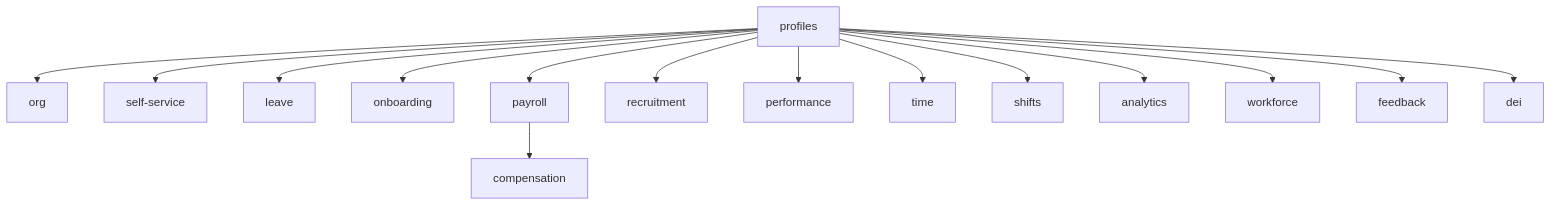
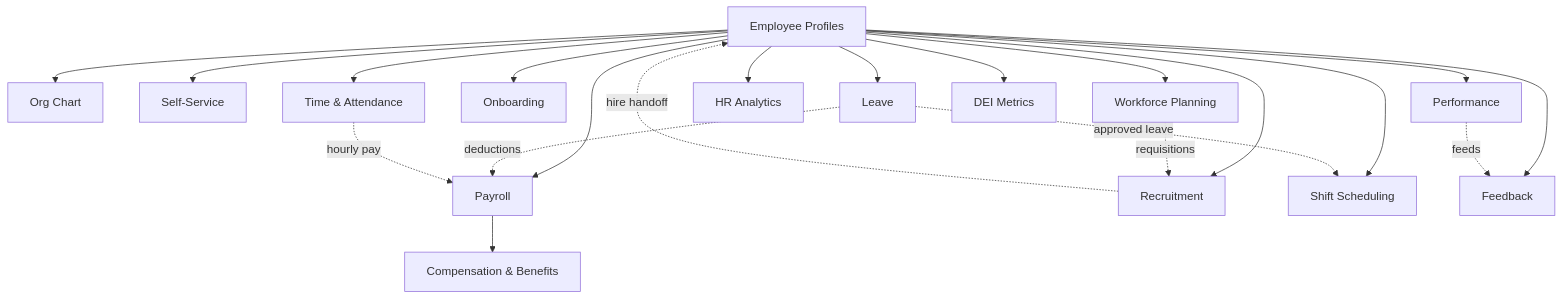
The diagram in vault/domains/hr/_index.md (Max-Nijenkamp/FlowFlex), drawn with Mermaid before and after one commit. The commit also changed other lines of this file and 2956 other files, not shown here.

````diff
--- a/vault/domains/hr/_index.md
+++ b/vault/domains/hr/_index.md
@@ -54,17 +59,23 @@
 ```mermaid
 graph TD
-    profiles --> org
-    profiles --> self-service
-    profiles --> leave
-    profiles --> onboarding
-    profiles --> payroll
-    profiles --> recruitment
-    profiles --> performance
-    profiles --> time
-    profiles --> shifts
-    profiles --> analytics
-    profiles --> workforce
-    profiles --> feedback
-    profiles --> dei
-    payroll --> compensation
+    profiles[Employee Profiles] --> org[Org Chart]
+    profiles --> selfservice[Self-Service]
+    profiles --> leave[Leave]
+    profiles --> onboarding[Onboarding]
+    profiles --> payroll[Payroll]
+    profiles --> recruitment[Recruitment]
+    profiles --> performance[Performance]
+    profiles --> time[Time & Attendance]
+    profiles --> shifts[Shift Scheduling]
+    profiles --> analytics[HR Analytics]
+    profiles --> workforce[Workforce Planning]
+    profiles --> feedback[Feedback]
+    profiles --> dei[DEI Metrics]
+    payroll --> compensation[Compensation & Benefits]
+    leave -.approved leave.-> shifts
+    leave -.deductions.-> payroll
+    time -.hourly pay.-> payroll
+    recruitment -.hire handoff.-> profiles
+    workforce -.requisitions.-> recruitment
+    performance -.feeds.-> feedback
 ```
````
